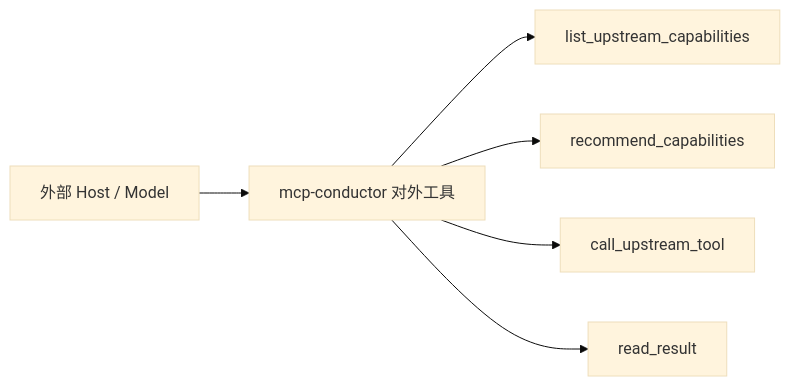
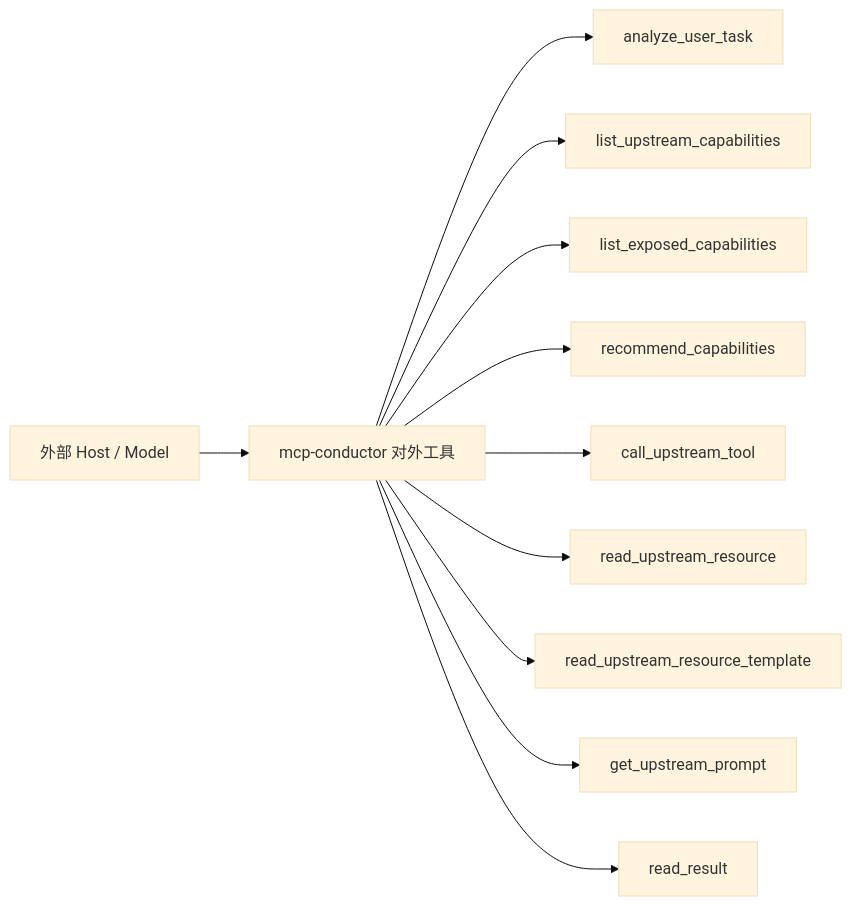
One commit to TangRj-Git/mcp-conductor changed the third of 8 diagrams in docs/project-structure/02-final-architecture-diagram.md. Above: the diagram before and after it, drawn with Mermaid (base theme). The commit also changed other lines of this file and 78 other files, not shown here.

````diff
--- a/docs/project-structure/02-final-architecture-diagram.md
+++ b/docs/project-structure/02-final-architecture-diagram.md
@@ -121,16 +121,26 @@
 ```mermaid
 flowchart LR
     Host["外部 Host / Model"]
     Tools["mcp-conductor 对外工具"]
 
+    Analyze["analyze_user_task"]
     List["list_upstream_capabilities"]
+    Exposure["list_exposed_capabilities"]
     Recommend["recommend_capabilities"]
     Call["call_upstream_tool"]
+    Resource["read_upstream_resource"]
+    Template["read_upstream_resource_template"]
+    Prompt["get_upstream_prompt"]
     Read["read_result"]
 
     Host --> Tools
+    Tools --> Analyze
     Tools --> List
+    Tools --> Exposure
     Tools --> Recommend
     Tools --> Call
+    Tools --> Resource
+    Tools --> Template
+    Tools --> Prompt
     Tools --> Read
 ```
````
